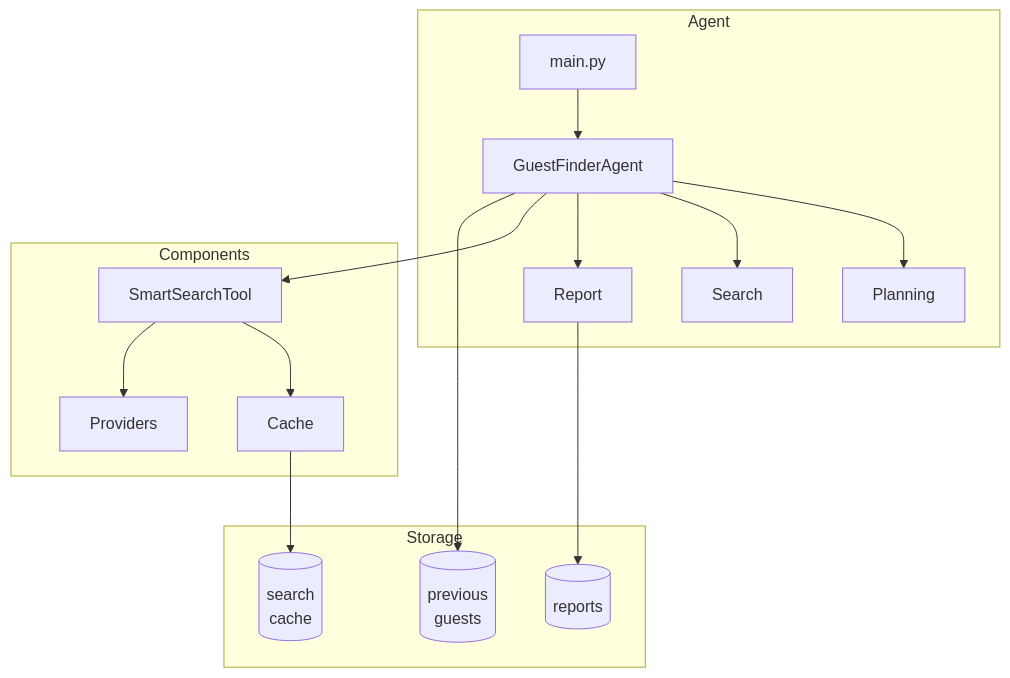
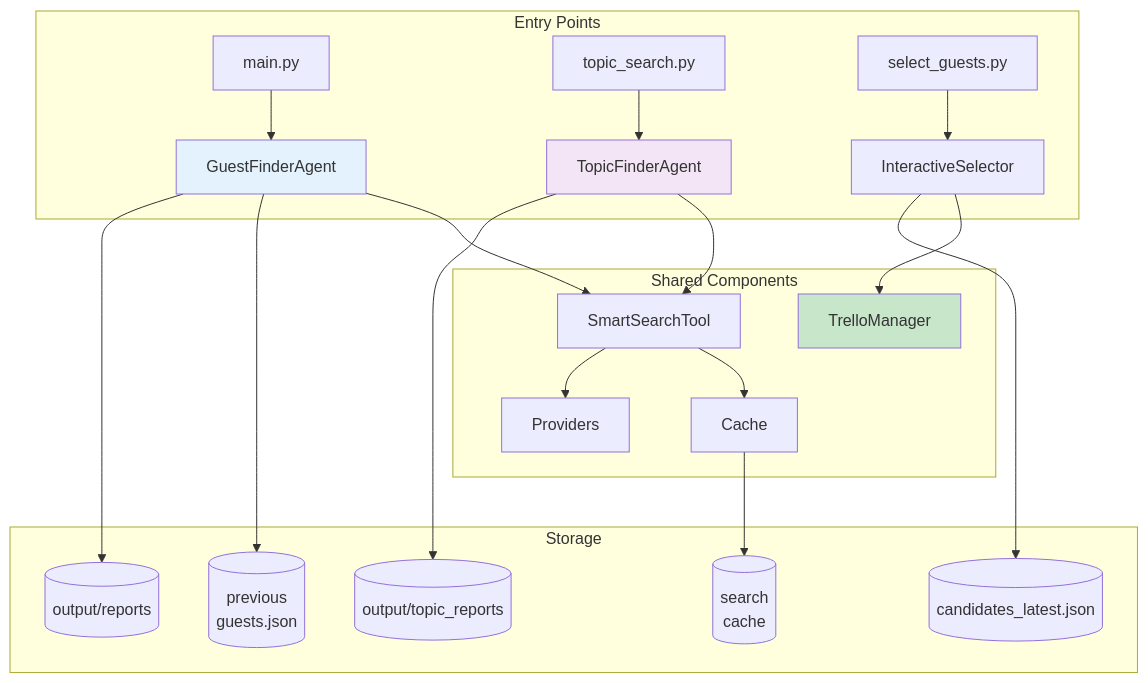
One commit to Joopsnijder/guest_search changed the second of 5 diagrams in docs/architecture-presentation.md. Above: the diagram before and after it, drawn with Mermaid. The commit also changed other lines of this file and 5 other files, not shown here.

Commit message:
feat: Update topic search criteria to include content from the last month and remove ideal guest profile references

````diff
--- a/docs/architecture-presentation.md
+++ b/docs/architecture-presentation.md
@@ -76,21 +93,28 @@
 ```mermaid
 graph TD
-    subgraph "Agent"
-        M[main.py] --> GFA[GuestFinderAgent]
-        GFA --> P1[Planning]
-        GFA --> P2[Search]
-        GFA --> P3[Report]
+    subgraph "Entry Points"
+        M1[main.py] --> GFA[GuestFinderAgent]
+        M2[topic_search.py] --> TFA[TopicFinderAgent]
+        M3[select_guests.py] --> IS[InteractiveSelector]
     end
 
-    subgraph "Components"
+    subgraph "Shared Components"
         GFA --> SST[SmartSearchTool]
+        TFA --> SST
         SST --> Cache
         SST --> Providers
+        IS --> TM[TrelloManager]
     end
 
     subgraph "Storage"
-        GFA --> PG[(previous<br/>guests)]
+        GFA --> PG[(previous<br/>guests.json)]
         Cache --> SC[(search<br/>cache)]
-        P3 --> RP[(reports)]
+        GFA --> GR[(output/reports)]
+        TFA --> TR[(output/topic_reports)]
+        IS --> CL[(candidates_latest.json)]
     end
+
+    style GFA fill:#e3f2fd
+    style TFA fill:#f3e5f5
+    style TM fill:#c8e6c9
 ```
````
